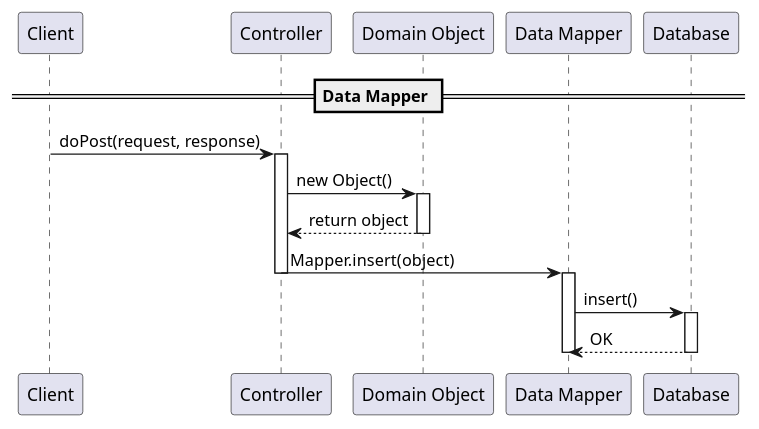
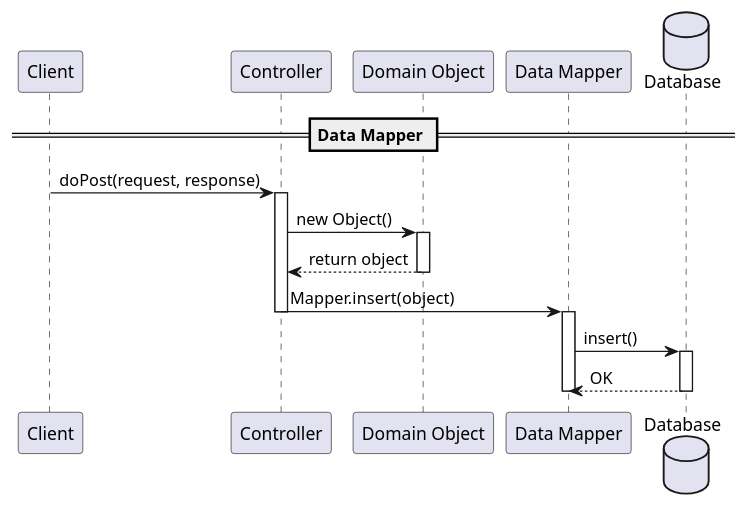
One commit to SWEN900072021/Covid19BookingSystem changed the diagram in docs/part2/DataMapperSequenceDiagram.puml. Above: the diagram before and after it, drawn with PlantUML. The commit also changed 9 other files, not shown here.

Commit message:
Cleanup diagrams

```diff
--- a/docs/part2/DataMapperSequenceDiagram.puml
+++ b/docs/part2/DataMapperSequenceDiagram.puml
@@ -1,26 +1,26 @@
 @startuml
 
 skinparam linetype polyline
 
 participant "Client" as Client
 participant "Controller" as C
 participant “Domain Object" as O
 participant "Data Mapper" as M
-participant "Database" as DB
+database "Database" as DB
 
 == Data Mapper ==
 Client -> C: doPost(request, response)
 activate C
 C -> O: new Object()
 activate O
 O --> C: return object
 deactivate O
 C -> M: Mapper.insert(object)
 deactivate C
 activate M
 M -> DB: insert()
 activate DB
 DB --> M: OK
 deactivate M
 deactivate DB
 @enduml
```
